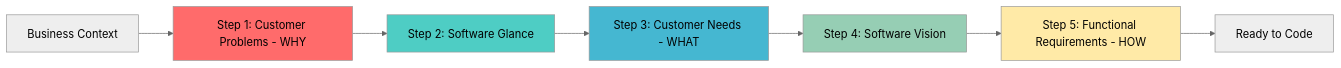
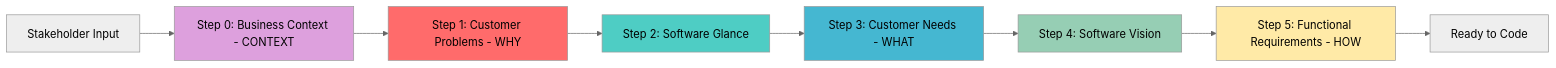
Before and after one commit to RafaelGorski/Problem-Based-SRS: the first of 2 diagrams in README.md, drawn with Mermaid (neutral theme). The commit also changed other lines of this file and 4 other files, not shown here.

````diff
--- a/README.md
+++ b/README.md
@@ -132,15 +139,17 @@
 ```mermaid
 graph LR
-    A[Business Context] --> B[Step 1: Customer Problems - WHY]
+    A[Stakeholder Input] --> B0[Step 0: Business Context - CONTEXT]
+    B0 --> B[Step 1: Customer Problems - WHY]
     B --> C[Step 2: Software Glance]
     C --> D[Step 3: Customer Needs - WHAT]
     D --> E[Step 4: Software Vision]
     E --> F[Step 5: Functional Requirements - HOW]
     F --> G[Ready to Code]
 
+    style B0 fill:#dda0dd
     style B fill:#ff6b6b
     style C fill:#4ecdc4
     style D fill:#45b7d1
     style E fill:#96ceb4
     style F fill:#ffeaa7
 ```
````
